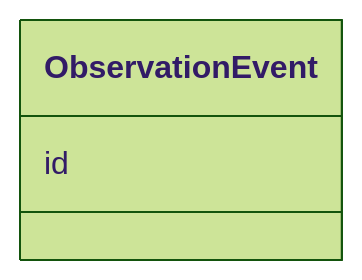
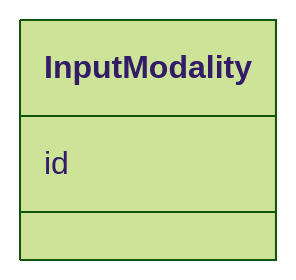
Before and after one commit to Bang2985/spec-ujg: the second of 9 diagrams in specs/ed/modules/observability/index.md, drawn with Mermaid (forest theme). The commit also changed other lines of this file and 39 other files, not shown here.

Commit message:
introduce input modality

````diff
--- a/specs/ed/modules/observability/index.md
+++ b/specs/ed/modules/observability/index.md
@@ -45,6 +89,6 @@
 ```mermaid
 classDiagram
-  class ObservationEvent {
+  class InputModality {
     id
   }
 ```
````
